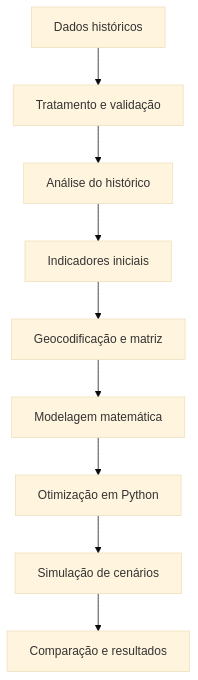
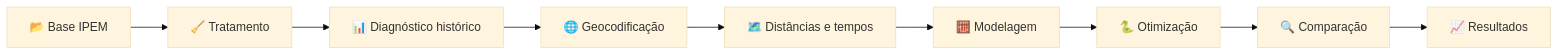
Before and after one commit to SafeFlow-1-0/Api_log3: the diagram in README.md, drawn with Mermaid (base theme). The commit also changed other lines of this file, not shown here.

````diff
--- a/README.md
+++ b/README.md
@@ -233,11 +234,11 @@
 ```mermaid
-flowchart TD
-    A["Dados históricos"] --> B["Tratamento e validação"]
-    B --> C["Análise do histórico"]
-    C --> D["Indicadores iniciais"]
-    D --> E["Geocodificação e matriz"]
-    E --> F["Modelagem matemática"]
-    F --> G["Otimização em Python"]
-    G --> H["Simulação de cenários"]
-    H --> I["Comparação e resultados"]
+flowchart LR
+    A["📂 Base IPEM"] --> B["🧹 Tratamento"]
+    B --> C["📊 Diagnóstico histórico"]
+    C --> D["🌐 Geocodificação"]
+    D --> E["🗺️ Distâncias e tempos"]
+    E --> F["🧮 Modelagem"]
+    F --> G["🐍 Otimização"]
+    G --> H["🔍 Comparação"]
+    H --> I["📈 Resultados"]
 ```
````
